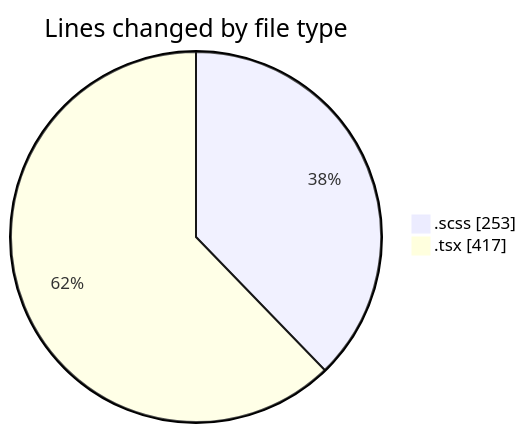
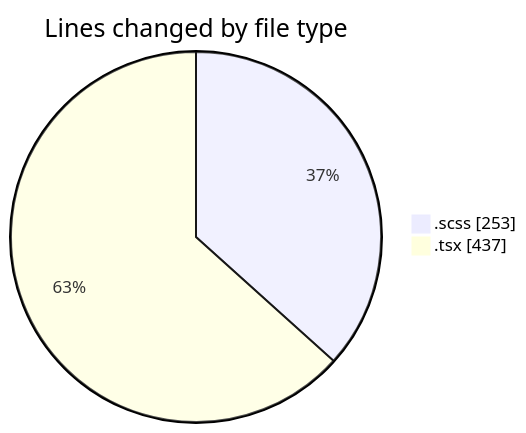
Before and after one commit to momahboobian/code-tracking: the first of 2 diagrams in 2025-08-28/cda/README.md, drawn with Mermaid. The commit also changed other lines of this file and 1 other file, not shown here.

````diff
--- a/2025-08-28/cda/README.md
+++ b/2025-08-28/cda/README.md
@@ -22,6 +22,6 @@
 ```mermaid
 pie showData
 title Lines changed by file type
 ".scss" : 253
-".tsx" : 417
+".tsx" : 437
 ```
````
